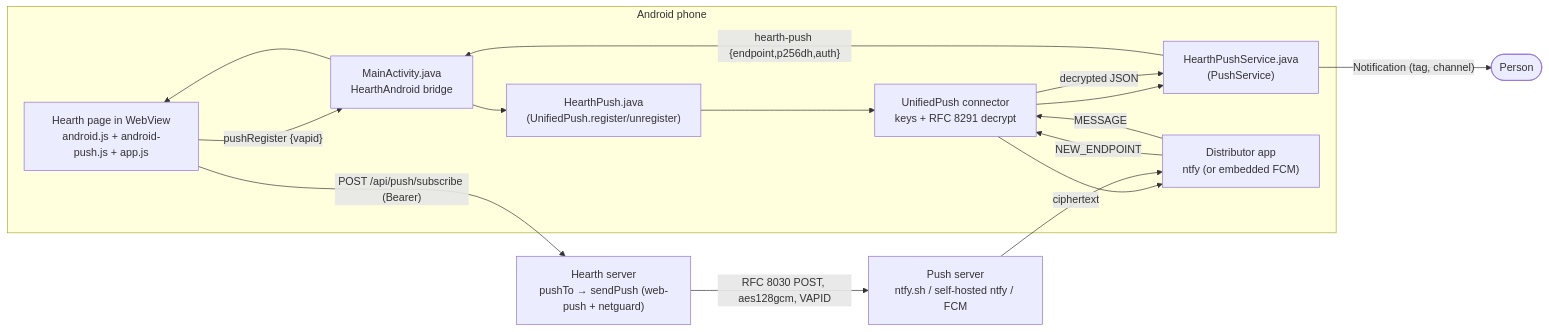
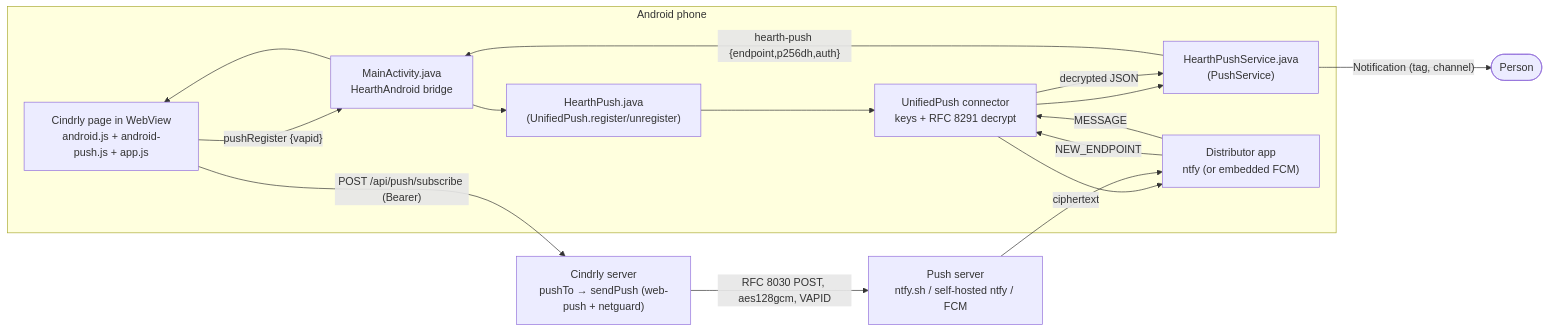
The first of 3 diagrams in hearth/docs/design/ANDROID-PUSH.md (Pandabear445/Hearth-chat), drawn with Mermaid before and after one commit. The commit also changed other lines of this file and 207 other files, not shown here.

````diff
--- a/hearth/docs/design/ANDROID-PUSH.md
+++ b/hearth/docs/design/ANDROID-PUSH.md
@@ -285,18 +285,18 @@
 ```mermaid
 flowchart LR
   subgraph phone["Android phone"]
-    PAGE["Hearth page in WebView<br/>android.js + android-push.js + app.js"]
+    PAGE["Cindrly page in WebView<br/>android.js + android-push.js + app.js"]
     MA["MainActivity.java<br/>HearthAndroid bridge"]
     HP["HearthPush.java<br/>(UnifiedPush.register/unregister)"]
     SVC["HearthPushService.java<br/>(PushService)"]
     CONN["UnifiedPush connector<br/>keys + RFC 8291 decrypt"]
     DIST["Distributor app<br/>ntfy (or embedded FCM)"]
   end
-  SRV["Hearth server<br/>pushTo → sendPush (web-push + netguard)"]
+  SRV["Cindrly server<br/>pushTo → sendPush (web-push + netguard)"]
   PS["Push server<br/>ntfy.sh / self-hosted ntfy / FCM"]
   PAGE -- "pushRegister {vapid}" --> MA --> HP --> CONN --> DIST
   DIST -- "NEW_ENDPOINT" --> CONN --> SVC -- "hearth-push {endpoint,p256dh,auth}" --> MA --> PAGE
   PAGE -- "POST /api/push/subscribe (Bearer)" --> SRV
   SRV -- "RFC 8030 POST, aes128gcm, VAPID" --> PS -- "ciphertext" --> DIST -- "MESSAGE" --> CONN -- "decrypted JSON" --> SVC
   SVC -- "Notification (tag, channel)" --> USER(["Person"])
 ```
````
